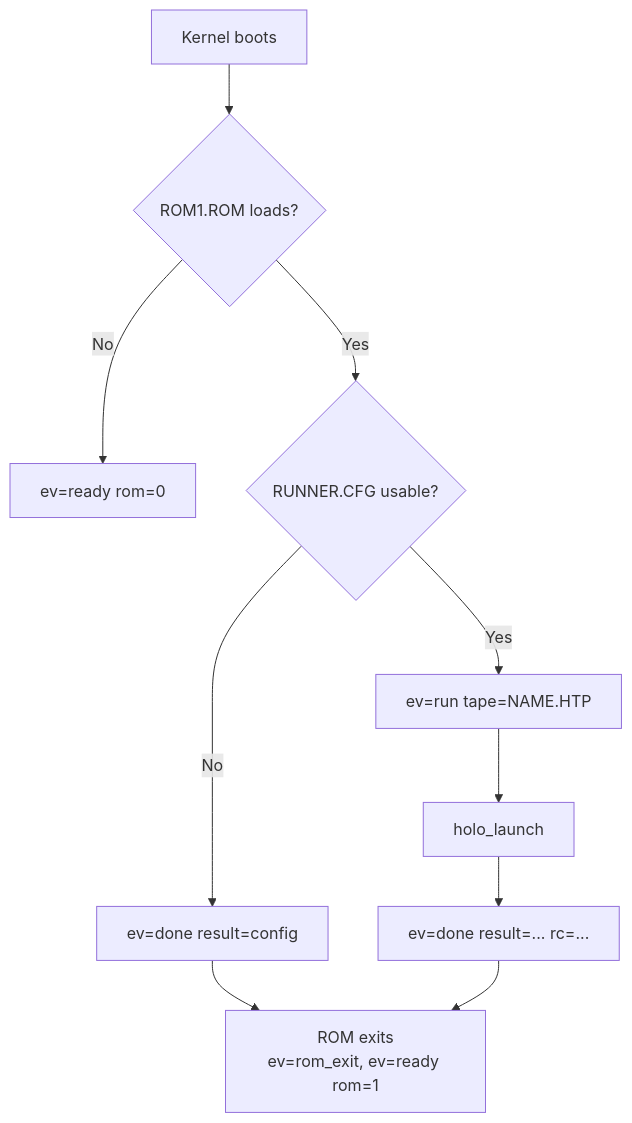
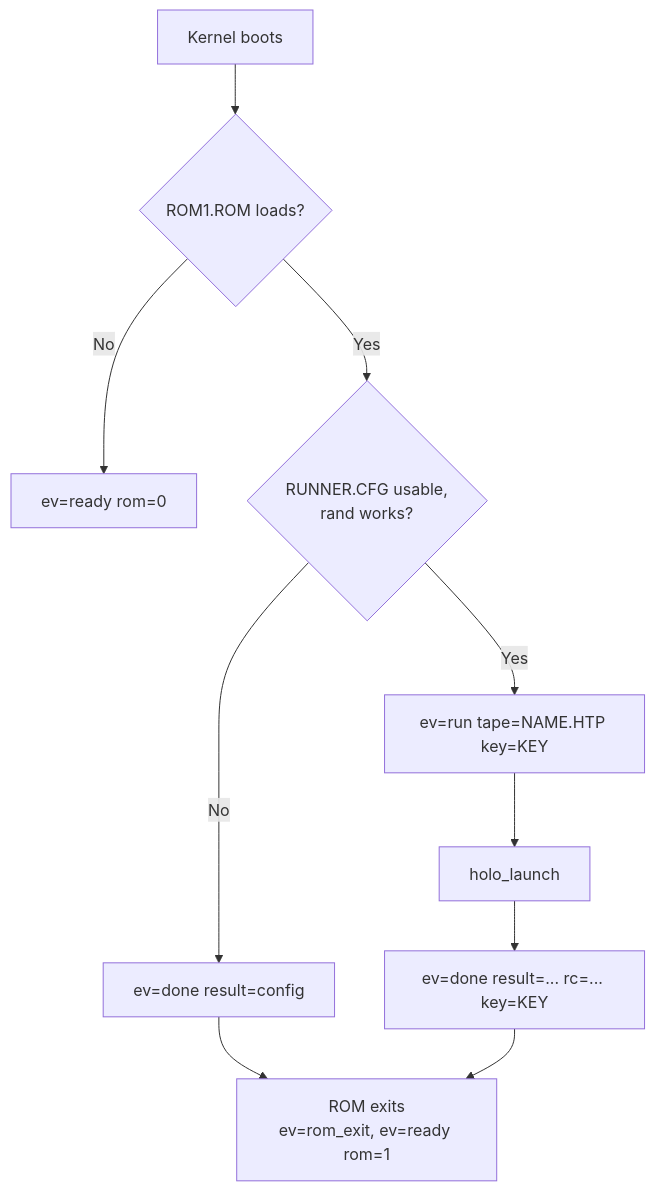
The second of 2 diagrams in docs/spec/SDK_PACKAGE.md (RobCo-Industries/RobCo-Core), drawn with Mermaid before and after one commit. The commit also changed other lines of this file and 3 other files, not shown here.

First line of the commit message:
Mark the runner's lines with a key that no tape can know

````diff
--- a/docs/spec/SDK_PACKAGE.md
+++ b/docs/spec/SDK_PACKAGE.md
@@ -473,12 +556,12 @@
 ```mermaid
 flowchart TB
     B["Kernel boots"] --> L{"ROM1.ROM loads?"}
     L -- No --> R0["ev=ready rom=0"]
-    L -- Yes --> C{"RUNNER.CFG usable?"}
+    L -- Yes --> C{"RUNNER.CFG usable,<br/>rand works?"}
     C -- No --> CFG["ev=done result=config"]
-    C -- Yes --> RUN["ev=run tape=NAME.HTP"]
+    C -- Yes --> RUN["ev=run tape=NAME.HTP key=KEY"]
     RUN --> H["holo_launch"]
-    H --> RES["ev=done result=... rc=..."]
+    H --> RES["ev=done result=... rc=... key=KEY"]
     CFG --> X["ROM exits<br/>ev=rom_exit, ev=ready rom=1"]
     RES --> X
 ```
````
